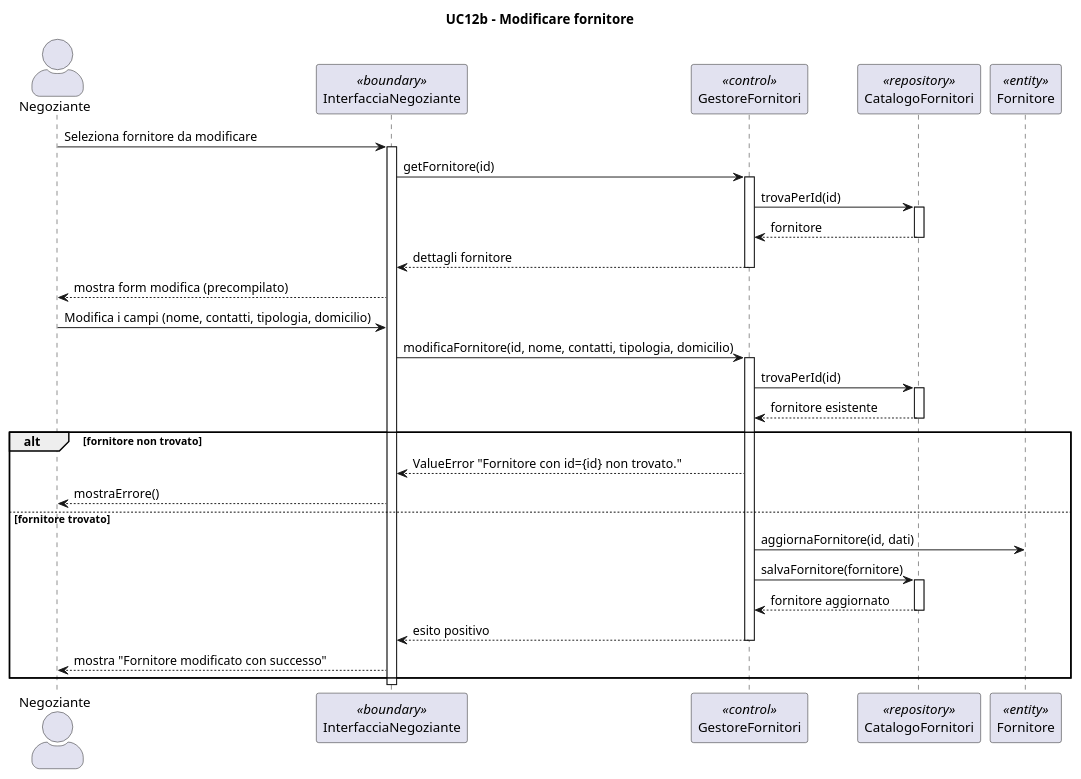
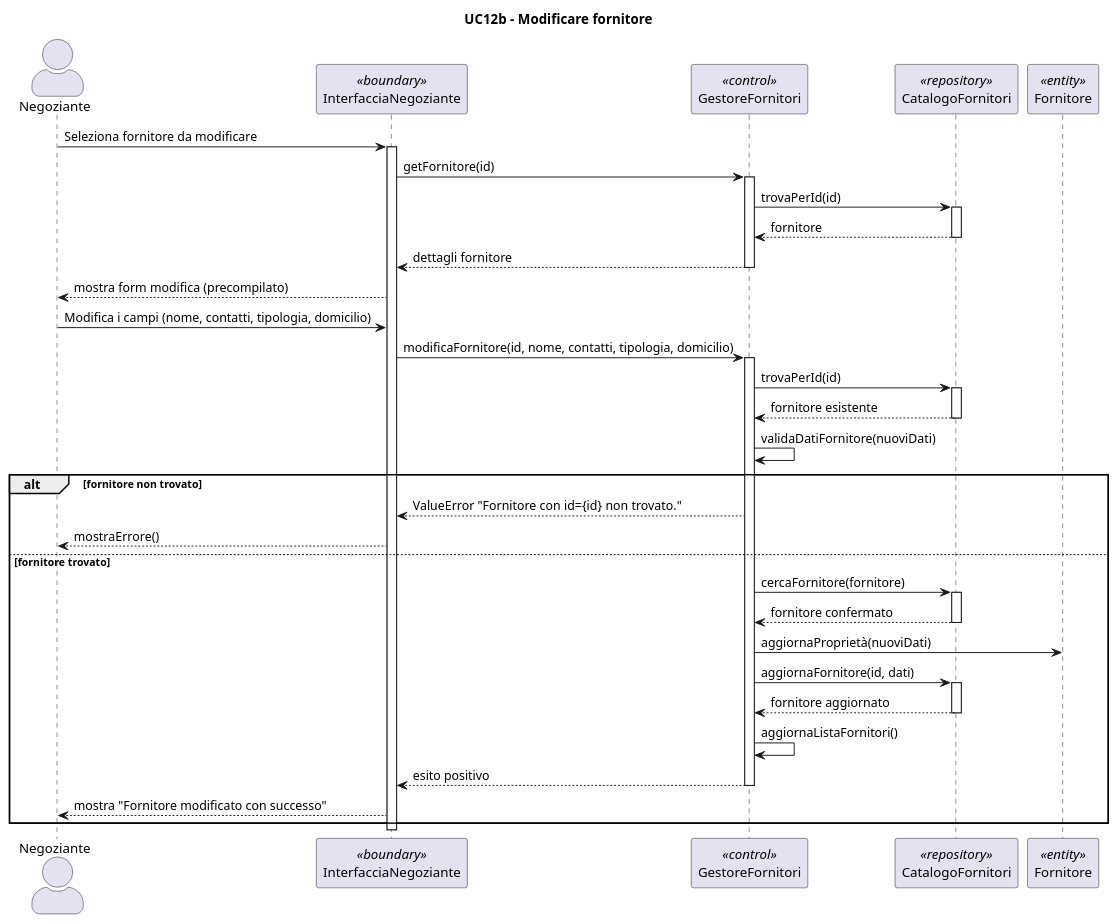
The diagram in diagrammiUML/diagrammi di sequenza/UC12b_Modificare_Fornitore.puml (Samepsilon/FloWare), drawn with PlantUML before and after one commit. The commit also changed 11 other files, not shown here.

```diff
--- a/diagrammiUML/diagrammi di sequenza/UC12b_Modificare_Fornitore.puml
+++ b/diagrammiUML/diagrammi di sequenza/UC12b_Modificare_Fornitore.puml
@@ -1,48 +1,56 @@
 @startuml
 title UC12b - Modificare fornitore
 skinparam actorStyle awesome
 
 actor "Negoziante" as N
 participant "InterfacciaNegoziante" as IN <<boundary>>
 participant "GestoreFornitori" as GF <<control>>
 participant "CatalogoFornitori" as CF <<repository>>
 participant "Fornitore" as F <<entity>>
 
 N -> IN: Seleziona fornitore da modificare
 activate IN
 IN -> GF: getFornitore(id)
 activate GF
 GF -> CF: trovaPerId(id)
 activate CF
 CF --> GF: fornitore
 deactivate CF
 GF --> IN: dettagli fornitore
 deactivate GF
 IN --> N: mostra form modifica (precompilato)
 
 N -> IN: Modifica i campi (nome, contatti, tipologia, domicilio)
 IN -> GF: modificaFornitore(id, nome, contatti, tipologia, domicilio)
 activate GF
 
 GF -> CF: trovaPerId(id)
 activate CF
 CF --> GF: fornitore esistente
 deactivate CF
+GF -> GF: validaDatiFornitore(nuoviDati)
 
 alt fornitore non trovato
     GF --> IN: ValueError "Fornitore con id={id} non trovato."
     IN --> N: mostraErrore()
 else fornitore trovato
-    GF -> F: aggiornaFornitore(id, dati)
-    GF -> CF: salvaFornitore(fornitore)
+    GF -> CF: cercaFornitore(fornitore)
+    activate CF
+    CF --> GF: fornitore confermato
+    deactivate CF
+
+    GF -> F: aggiornaProprietà(nuoviDati)
+    GF -> CF: aggiornaFornitore(id, dati)
     activate CF
     CF --> GF: fornitore aggiornato
     deactivate CF
+
+    GF -> GF: aggiornaListaFornitori()
 
     GF --> IN: esito positivo
     deactivate GF
     IN --> N: mostra "Fornitore modificato con successo"
 end
 
 deactivate IN
 @enduml
```
